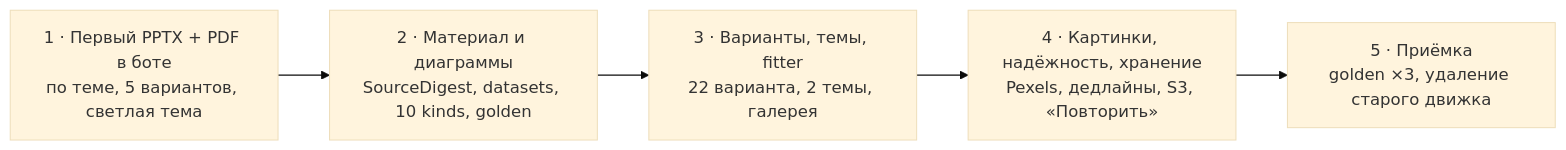
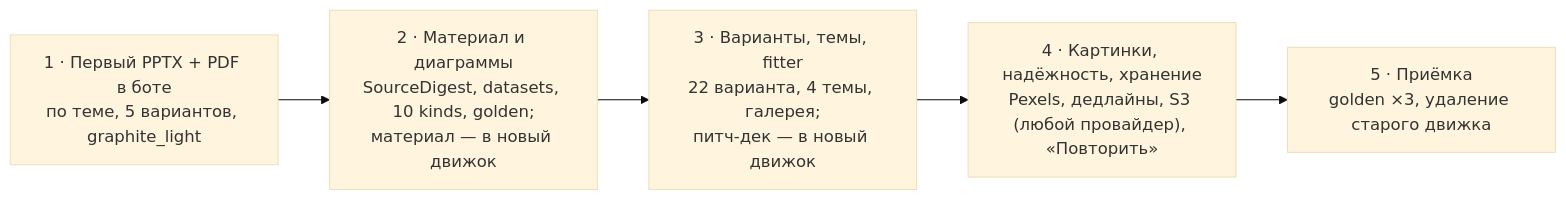
One commit to Alikashp/fibomy2.0.0 changed the diagram in docs/design/09_PLAN.md. Above: the diagram before and after it, drawn with Mermaid (base theme). The commit also changed other lines of this file and 19 other files, not shown here.

````diff
--- a/docs/design/09_PLAN.md
+++ b/docs/design/09_PLAN.md
@@ -7,7 +7,7 @@
 ```mermaid
 flowchart LR
-    S1["1 · Первый PPTX + PDF в боте<br/>по теме, 5 вариантов, светлая тема"] --> S2["2 · Материал и диаграммы<br/>SourceDigest, datasets, 10 kinds, golden"]
-    S2 --> S3["3 · Варианты, темы, fitter<br/>22 варианта, 2 темы, галерея"]
-    S3 --> S4["4 · Картинки, надёжность, хранение<br/>Pexels, дедлайны, S3, «Повторить»"]
+    S1["1 · Первый PPTX + PDF в боте<br/>по теме, 5 вариантов, graphite_light"] --> S2["2 · Материал и диаграммы<br/>SourceDigest, datasets, 10 kinds, golden;<br/>материал — в новый движок"]
+    S2 --> S3["3 · Варианты, темы, fitter<br/>22 варианта, 4 темы, галерея;<br/>питч-дек — в новый движок"]
+    S3 --> S4["4 · Картинки, надёжность, хранение<br/>Pexels, дедлайны, S3 (любой провайдер), «Повторить»"]
     S4 --> S5["5 · Приёмка<br/>golden ×3, удаление старого движка"]
 ```
````
